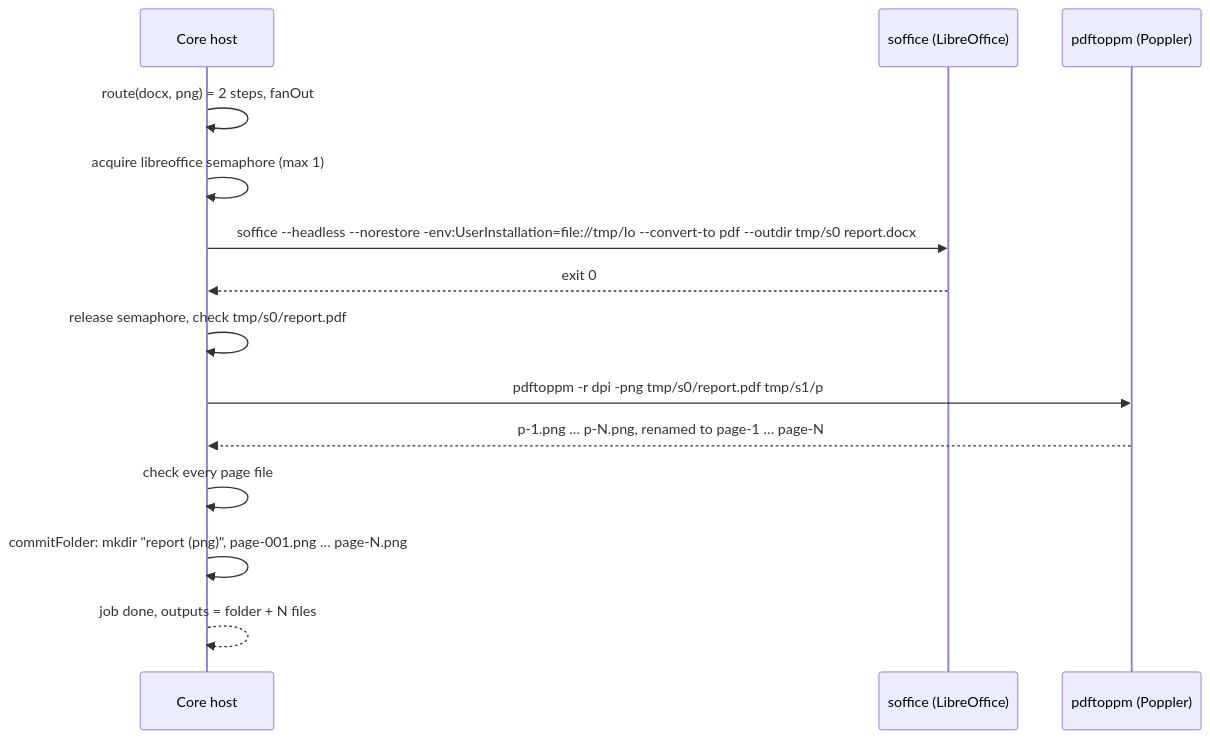
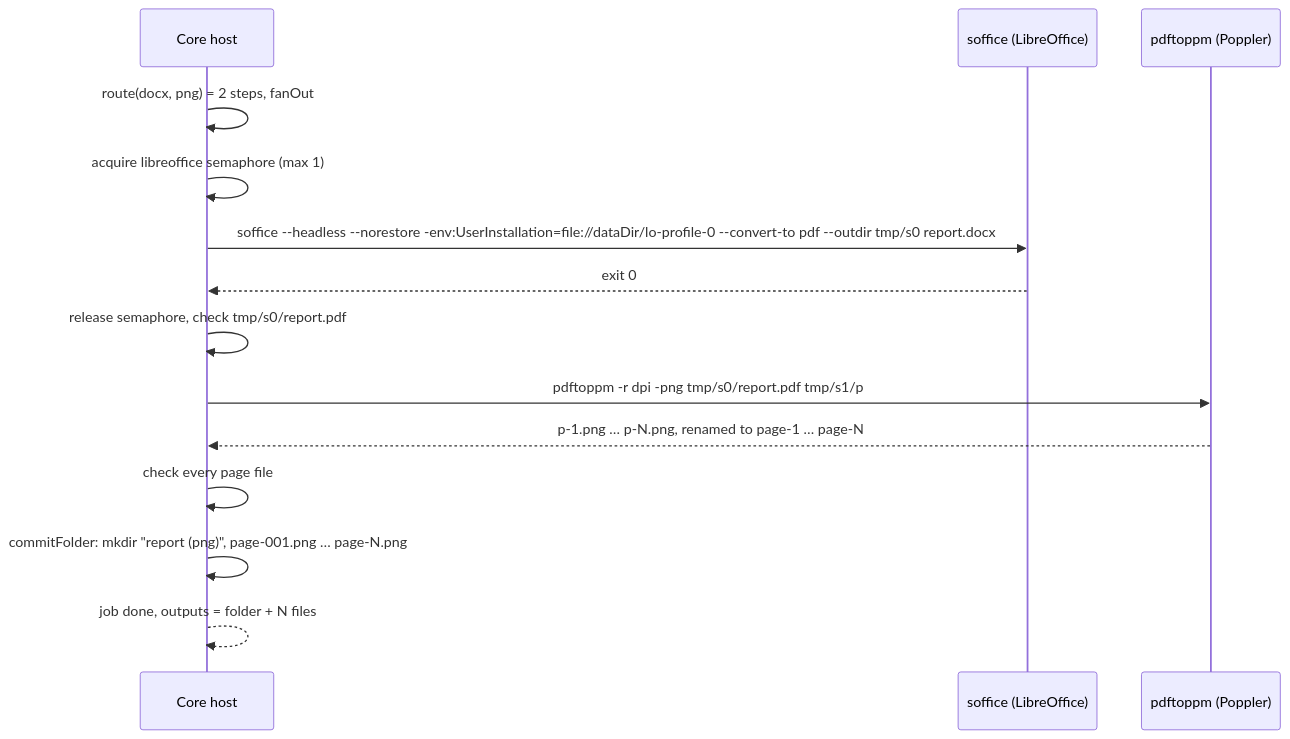
The eighth of 19 diagrams in docs/FLOWS.md (Anuragvish22/FileCon), drawn with Mermaid before and after one commit. The commit also changed other lines of this file and 29 other files, not shown here.

````diff
--- a/docs/FLOWS.md
+++ b/docs/FLOWS.md
@@ -185,16 +185,16 @@
 ```mermaid
 sequenceDiagram
   participant Core as Core host
   participant Soffice as soffice (LibreOffice)
   participant Poppler as pdftoppm (Poppler)
   Core->>Core: route(docx, png) = 2 steps, fanOut
   Core->>Core: acquire libreoffice semaphore (max 1)
-  Core->>Soffice: soffice --headless --norestore -env:UserInstallation=file://tmp/lo --convert-to pdf --outdir tmp/s0 report.docx
+  Core->>Soffice: soffice --headless --norestore -env:UserInstallation=file://dataDir/lo-profile-0 --convert-to pdf --outdir tmp/s0 report.docx
   Soffice-->>Core: exit 0
   Core->>Core: release semaphore, check tmp/s0/report.pdf
   Core->>Poppler: pdftoppm -r dpi -png tmp/s0/report.pdf tmp/s1/p
   Poppler-->>Core: p-1.png … p-N.png, renamed to page-1 … page-N
   Core->>Core: check every page file
   Core->>Core: commitFolder: mkdir "report (png)", page-001.png … page-N.png
   Core-->>Core: job done, outputs = folder + N files
 ```
````
